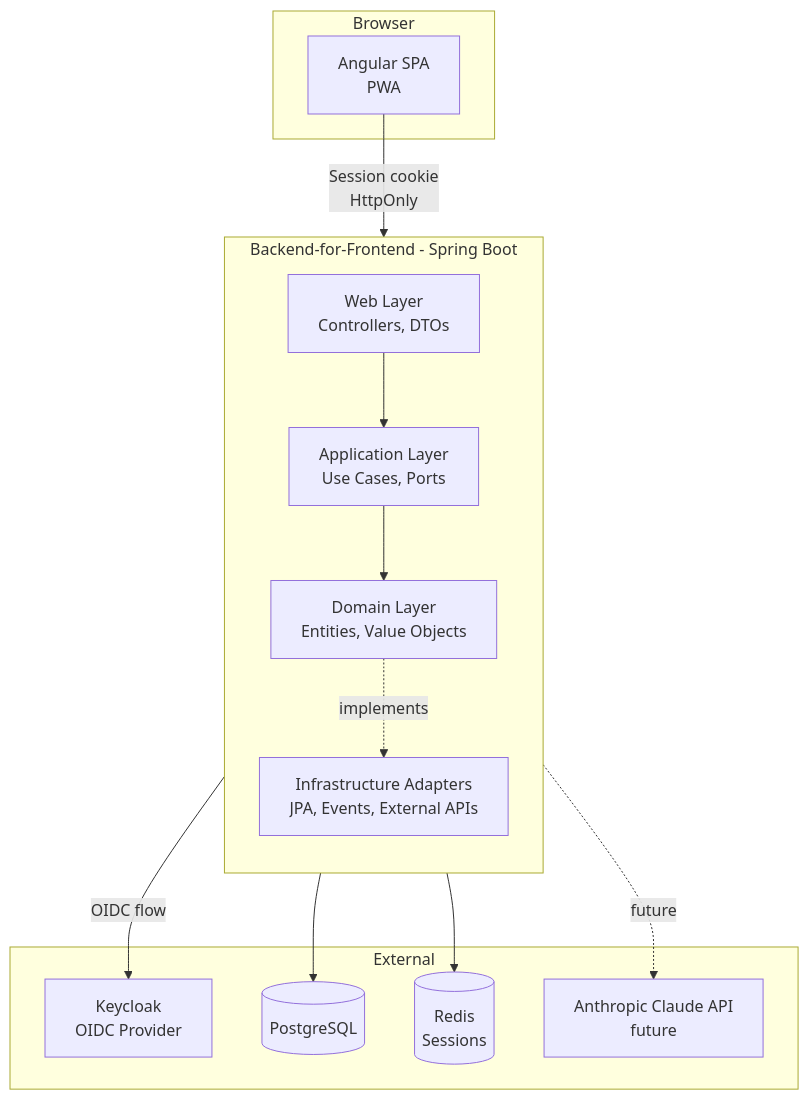
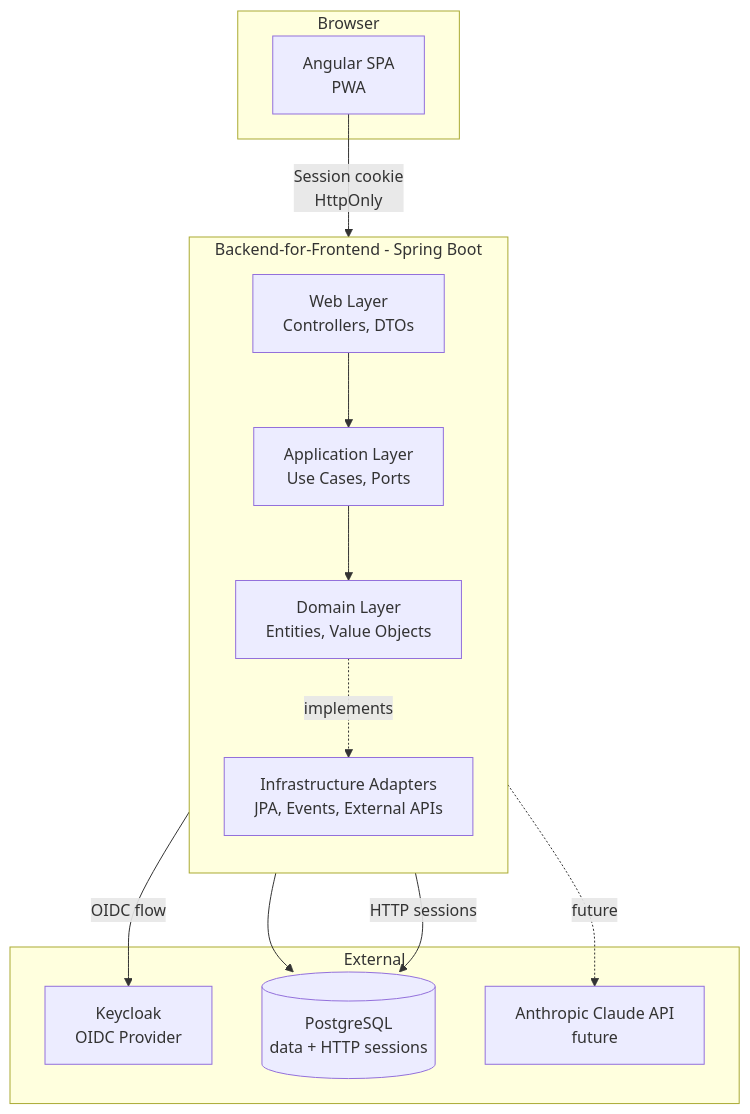
Before and after one commit to elR1cu/pecunia: the first of 3 diagrams in docs/architecture.md, drawn with Mermaid. The commit also changed other lines of this file and 9 other files, not shown here.

````diff
--- a/docs/architecture.md
+++ b/docs/architecture.md
@@ -50,30 +50,29 @@
 ```mermaid
 flowchart TB
     subgraph Browser
         Angular[Angular SPA<br/>PWA]
     end
 
     subgraph BFF[Backend-for-Frontend - Spring Boot]
         direction TB
         Web[Web Layer<br/>Controllers, DTOs]
         App[Application Layer<br/>Use Cases, Ports]
         Domain[Domain Layer<br/>Entities, Value Objects]
         Infra[Infrastructure Adapters<br/>JPA, Events, External APIs]
     end
 
     subgraph External
         Keycloak[Keycloak<br/>OIDC Provider]
-        Postgres[(PostgreSQL)]
-        Redis[(Redis<br/>Sessions)]
+        Postgres[(PostgreSQL<br/>data + HTTP sessions)]
         Claude[Anthropic Claude API<br/>future]
     end
 
     Angular -->|Session cookie<br/>HttpOnly| Web
     Web --> App
     App --> Domain
     Domain -.implements.-> Infra
     Infra --> Postgres
-    Web --> Redis
+    Web -->|HTTP sessions| Postgres
     Web -->|OIDC flow| Keycloak
     Infra -.future.-> Claude
 ```
````
